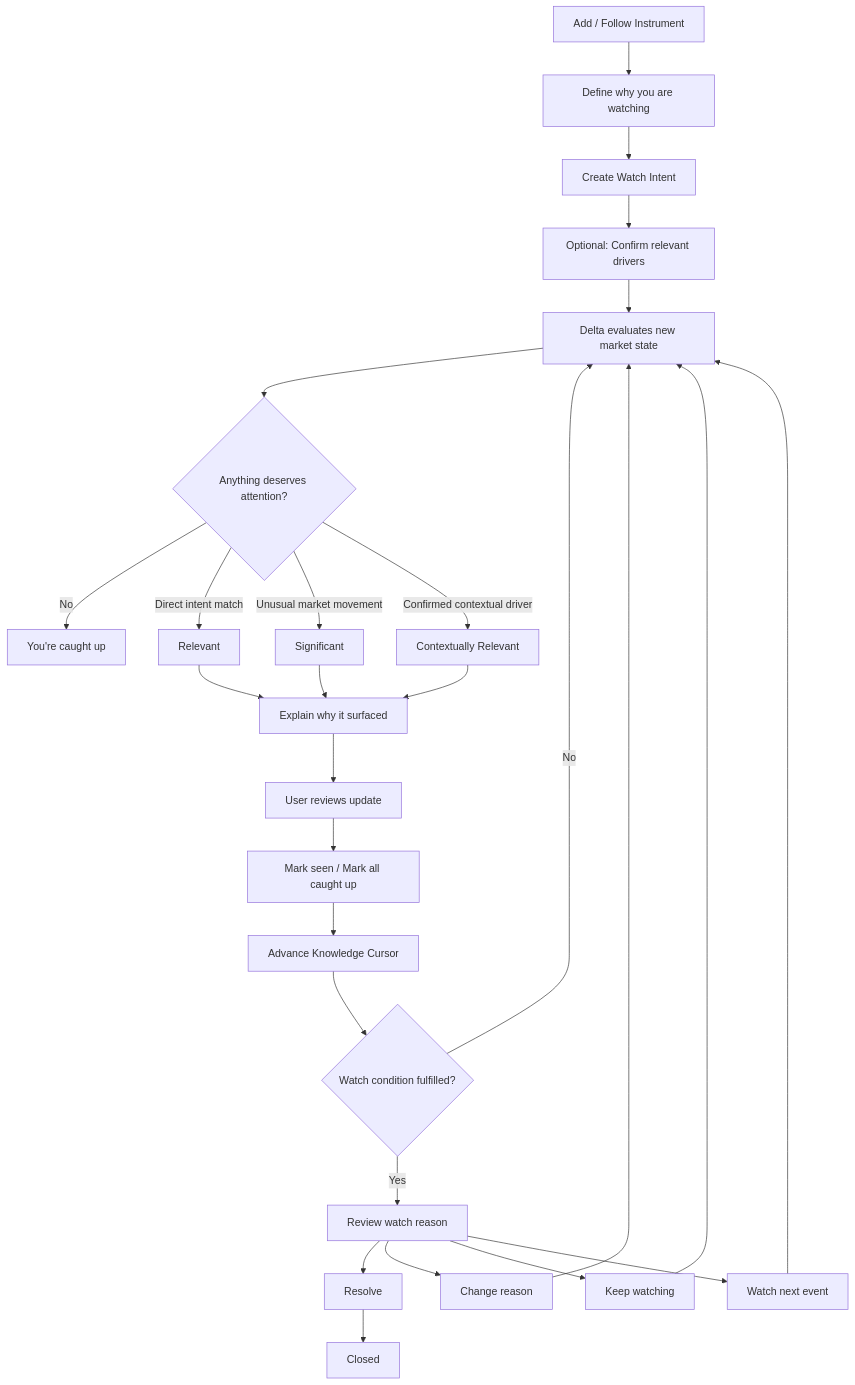
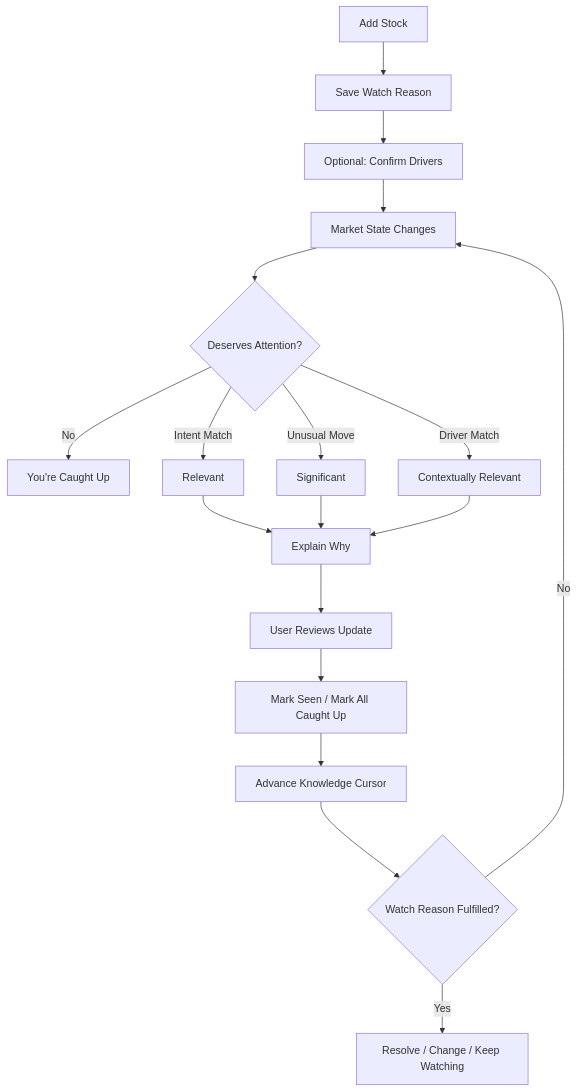
Before and after one commit to sneharc16/groww-delta: the second of 2 diagrams in README.md, drawn with Mermaid. The commit also changed other lines of this file, not shown here.

````diff
--- a/README.md
+++ b/README.md
@@ -640,49 +113,27 @@
 ```mermaid
 flowchart TD
 
-    A[Add / Follow Instrument]
+    A[Add Stock] --> B[Save Watch Reason]
+    B --> C[Optional: Confirm Drivers]
+    C --> D[Market State Changes]
 
-    A --> B[Define why you are watching]
+    D --> E{Deserves Attention?}
 
-    B --> C[Create Watch Intent]
+    E -->|No| F[You're Caught Up]
+    E -->|Intent Match| G[Relevant]
+    E -->|Unusual Move| H[Significant]
+    E -->|Driver Match| I[Contextually Relevant]
 
-    C --> D[Optional: Confirm relevant drivers]
+    G --> J[Explain Why]
+    H --> J
+    I --> J
 
-    D --> E[Delta evaluates new market state]
+    J --> K[User Reviews Update]
+    K --> L[Mark Seen / Mark All Caught Up]
+    L --> M[Advance Knowledge Cursor]
 
-    E --> F{Anything deserves attention?}
+    M --> N{Watch Reason Fulfilled?}
 
-    F -->|No| G[You're caught up]
-
-    F -->|Direct intent match| H[Relevant]
-
-    F -->|Unusual market movement| I[Significant]
-
-    F -->|Confirmed contextual driver| J[Contextually Relevant]
-
-    H --> K[Explain why it surfaced]
-    I --> K
-    J --> K
-
-    K --> L[User reviews update]
-
-    L --> M[Mark seen / Mark all caught up]
-
-    M --> N[Advance Knowledge Cursor]
-
-    N --> O{Watch condition fulfilled?}
-
-    O -->|No| E
-
-    O -->|Yes| P[Review watch reason]
-
-    P --> Q[Resolve]
-    P --> R[Change reason]
-    P --> S[Keep watching]
-    P --> T[Watch next event]
-
-    Q --> END[Closed]
-    R --> E
-    S --> E
-    T --> E
+    N -->|No| D
+    N -->|Yes| O[Resolve / Change / Keep Watching]
 ```
````
